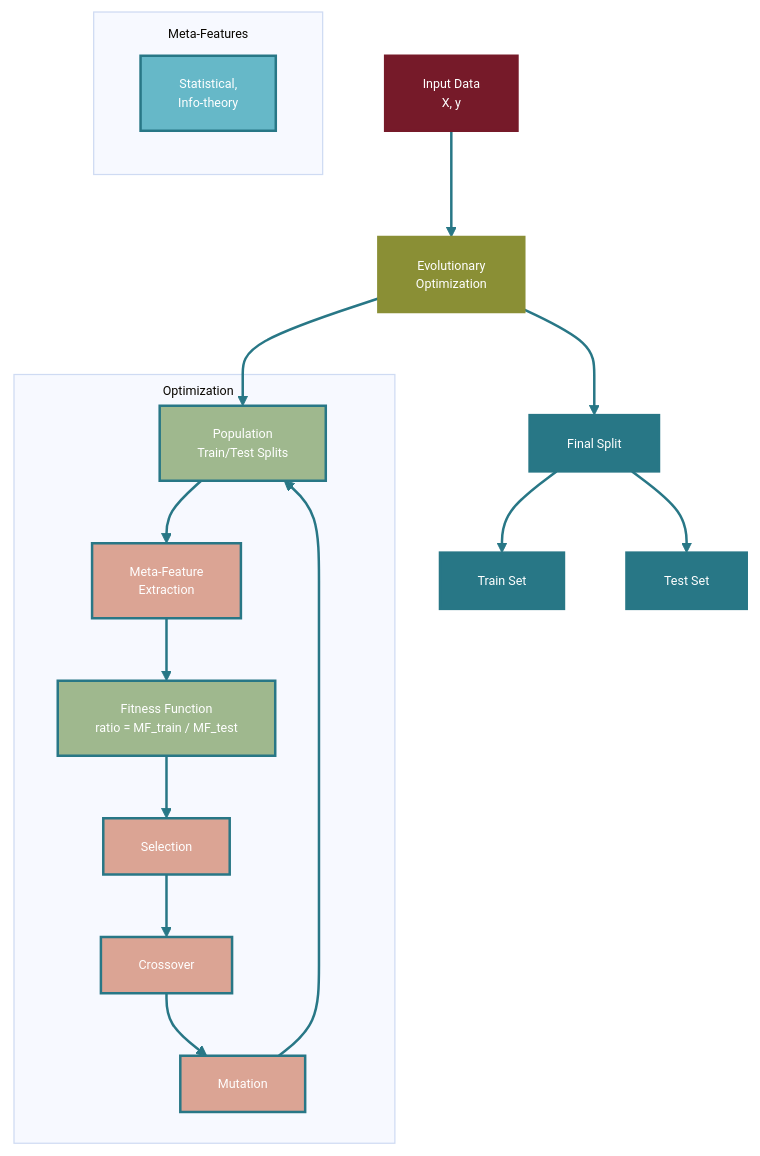
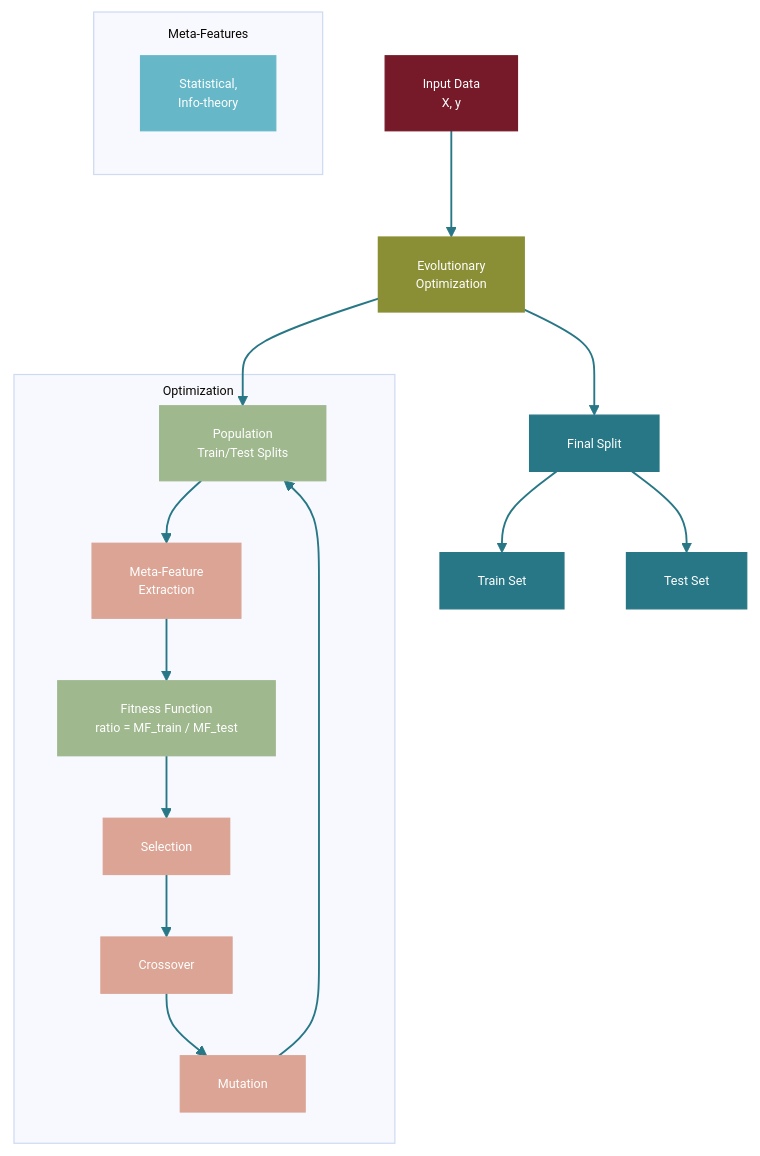
Before and after one commit to ITMO-NSS-team/OOD_Tab_Evaluation: the first of 2 diagrams in README.md, drawn with Mermaid. The commit also changed other lines of this file, not shown here.

````diff
--- a/README.md
+++ b/README.md
@@ -61,37 +61,37 @@
 ```mermaid
 %%{init: {'theme': 'base', 'themeVariables': { 'fontSize': '10px' }}}%%
 graph TD
     A[Input Data<br/>X, y] --> C[Evolutionary<br/>Optimization]
     
     subgraph Meta-Features["<div style='text-align: center; margin-top: 10px;'>Meta-Features</div>"]
         D["Statistical,<br/>Info-theory"]
     end
     
     subgraph Optimization["<div style='text-align: right; margin-top: 5px; margin-right: 10px;'>Optimization</div>"]
         E["Population<br/>Train/Test Splits"] --> F["Meta-Feature<br/>Extraction"]
         F --> G["Fitness Function<br/>ratio = MF_train / MF_test"]
         G --> H["Selection"]
         H --> I["Crossover"]
         I --> J["Mutation"]
         J --> E
     end
     
     C --> E
     C --> K["Final Split"]
     K --> L["Train Set"] & M["Test Set"]
     
-    style A fill:#761A29,stroke:#761A29,stroke-width:2px,color:#fff
-    style C fill:#8A8F35,stroke:#8A8F35,stroke-width:2px,color:#fff
-    style K fill:#287786,stroke:#287786,stroke-width:2px,color:#fff
-    style L fill:#287786,stroke:#287786,stroke-width:2px,color:#fff
-    style M fill:#287786,stroke:#287786,stroke-width:2px,color:#fff
-    style D fill:#66B8C8,stroke:#287786,stroke-width:2px,color:#fff
-    style E fill:#9FB88E,stroke:#287786,stroke-width:2px,color:#fff
-    style F fill:#DBA494,stroke:#287786,stroke-width:2px,color:#fff
-    style G fill:#9FB88E,stroke:#287786,stroke-width:2px,color:#fff
-    style H fill:#DBA494,stroke:#287786,stroke-width:2px,color:#fff
-    style I fill:#DBA494,stroke:#287786,stroke-width:2px,color:#fff
-    style J fill:#DBA494,stroke:#287786,stroke-width:2px,color:#fff
+    style A fill:#761A29,stroke:#761A29,stroke-width:1px,color:#fff
+    style C fill:#8A8F35,stroke:#8A8F35,stroke-width:1px,color:#fff
+    style K fill:#287786,stroke:#287786,stroke-width:1px,color:#fff
+    style L fill:#287786,stroke:#287786,stroke-width:1px,color:#fff
+    style M fill:#287786,stroke:#287786,stroke-width:1px,color:#fff
+    style D fill:#66B8C8,stroke:#66B8C8,stroke-width:1px,color:#fff
+    style E fill:#9FB88E,stroke:#9FB88E,stroke-width:1px,color:#fff
+    style F fill:#DBA494,stroke:#DBA494,stroke-width:1px,color:#fff
+    style G fill:#9FB88E,stroke:#9FB88E,stroke-width:1px,color:#fff
+    style H fill:#DBA494,stroke:#DBA494,stroke-width:1px,color:#fff
+    style I fill:#DBA494,stroke:#DBA494,stroke-width:1px,color:#fff
+    style J fill:#DBA494,stroke:#DBA494,stroke-width:1px,color:#fff
     
-    linkStyle default stroke:#287786,stroke-width:2px
+    linkStyle default stroke:#287786,stroke-width:1.5px
 ```
````
